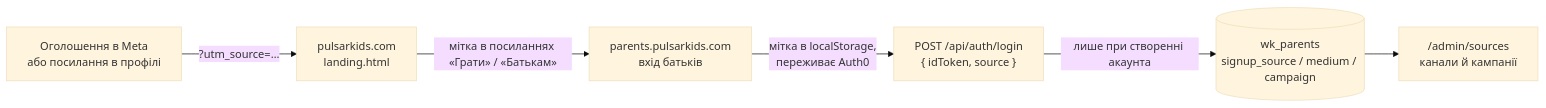
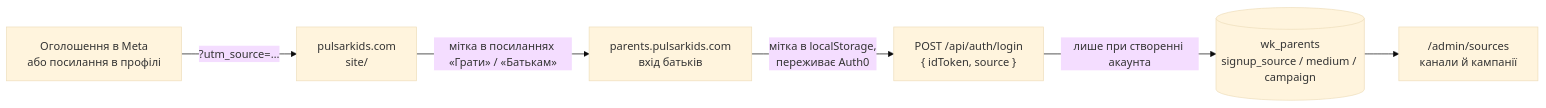
Before and after one commit to yuriiluchyshyn/wonderkids: the diagram in docs/marketing.md, drawn with Mermaid (base theme). The commit also changed other lines of this file and 621 other files, not shown here.

````diff
--- a/docs/marketing.md
+++ b/docs/marketing.md
@@ -17,8 +17,8 @@
 ```mermaid
 flowchart LR
-  Ad["Оголошення в Meta<br/>або посилання в профілі"] -- "?utm_source=…" --> Landing["pulsarkids.com<br/>landing.html"]
+  Ad["Оголошення в Meta<br/>або посилання в профілі"] -- "?utm_source=…" --> Landing["pulsarkids.com<br/>site/"]
   Landing -- "мітка в посиланнях «Грати» / «Батькам»" --> App["parents.pulsarkids.com<br/>вхід батьків"]
   App -- "мітка в localStorage,<br/>переживає Auth0" --> Login["POST /api/auth/login<br/>{ idToken, source }"]
   Login -- "лише при створенні акаунта" --> DB[("wk_parents<br/>signup_source / medium / campaign")]
   DB --> Admin["/admin/sources<br/>канали й кампанії"]
 ```
````
